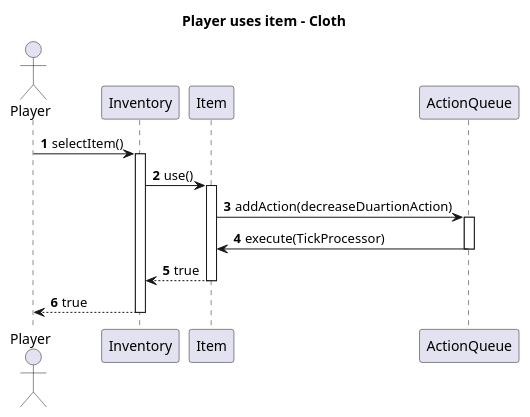
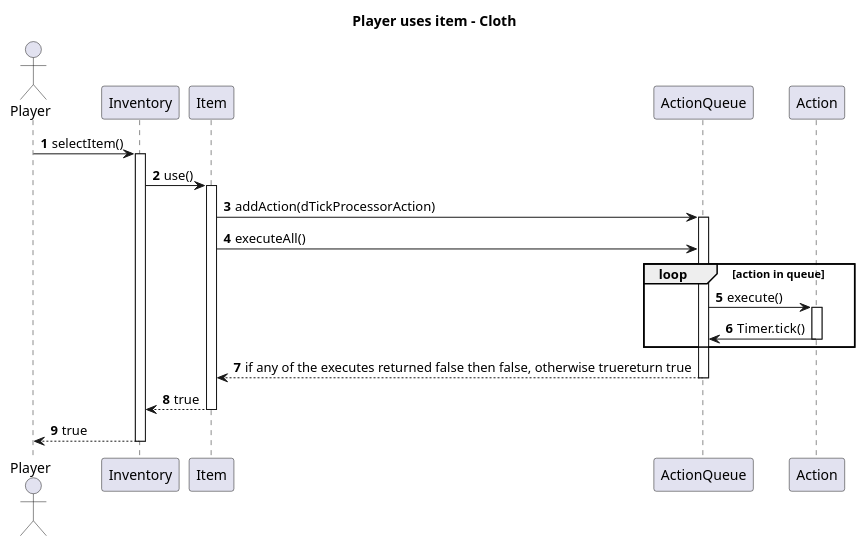
The diagram in resources/sequence_diagrams/item/itemUse/itemUse_cloth.puml (MysticMazeEducators/.github), drawn with PlantUML before and after one commit. The commit also changed 4 other files, not shown here.

Commit message:
Changes on item usage sequence diagrams

```diff
--- a/resources/sequence_diagrams/item/itemUse/itemUse_cloth.puml
+++ b/resources/sequence_diagrams/item/itemUse/itemUse_cloth.puml
@@ -1,25 +1,30 @@
 @startuml
 'https://plantuml.com/sequence-diagram
 
 title Player uses item - Cloth
 autonumber
 
 Actor Player as p
 participant Inventory as inv
 participant Item as item
 participant ActionQueue as aq
 
 p->inv : selectItem()
 activate inv
 
 inv->item: use()
 activate item
 
-item->aq: addAction(decreaseDuartionAction)
+item->aq: addAction(dTickProcessorAction)
 activate aq
-aq -> item: execute(TickProcessor)
-deactivate aq
+item -> aq: executeAll()
+loop action in queue
+    aq -> Action: execute()
+    activate Action
+    Action -> aq: Timer.tick()
+    deactivate Action
+end loop
+return if any of the executes returned false then false, otherwise truereturn true
 return true
 return true
-
 @enduml
```
